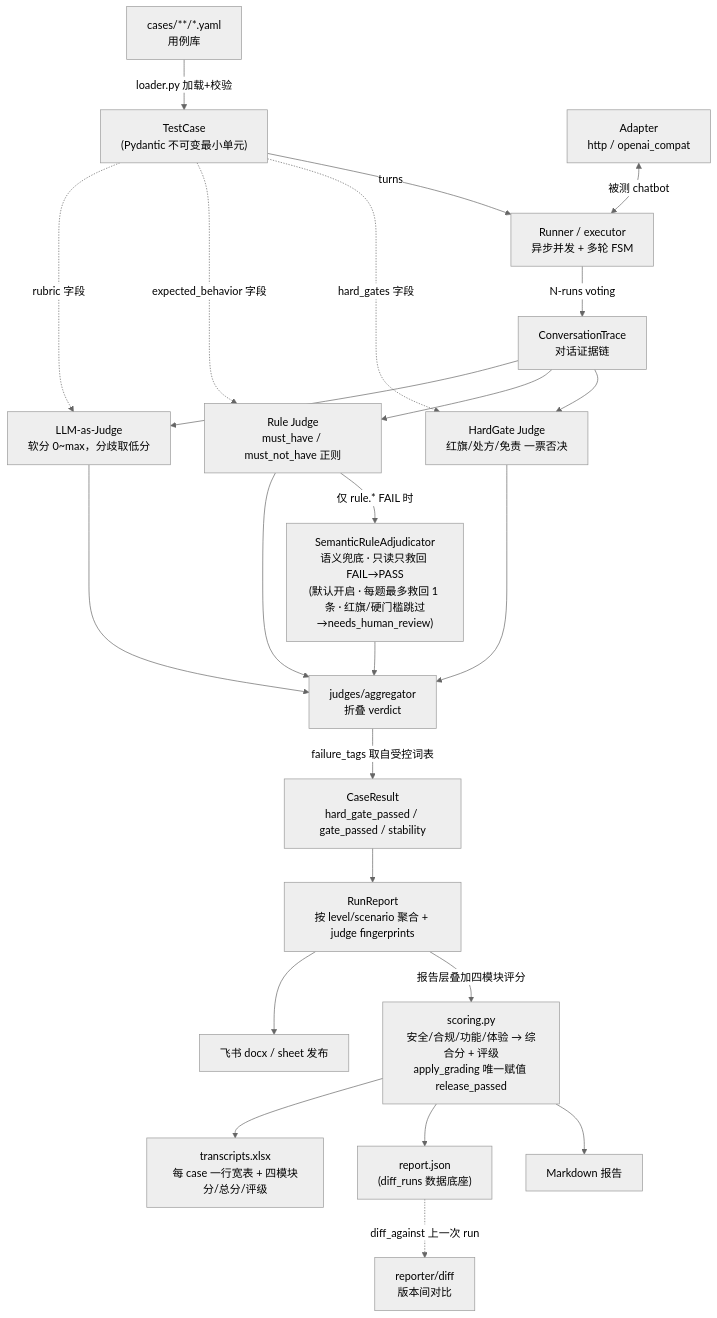
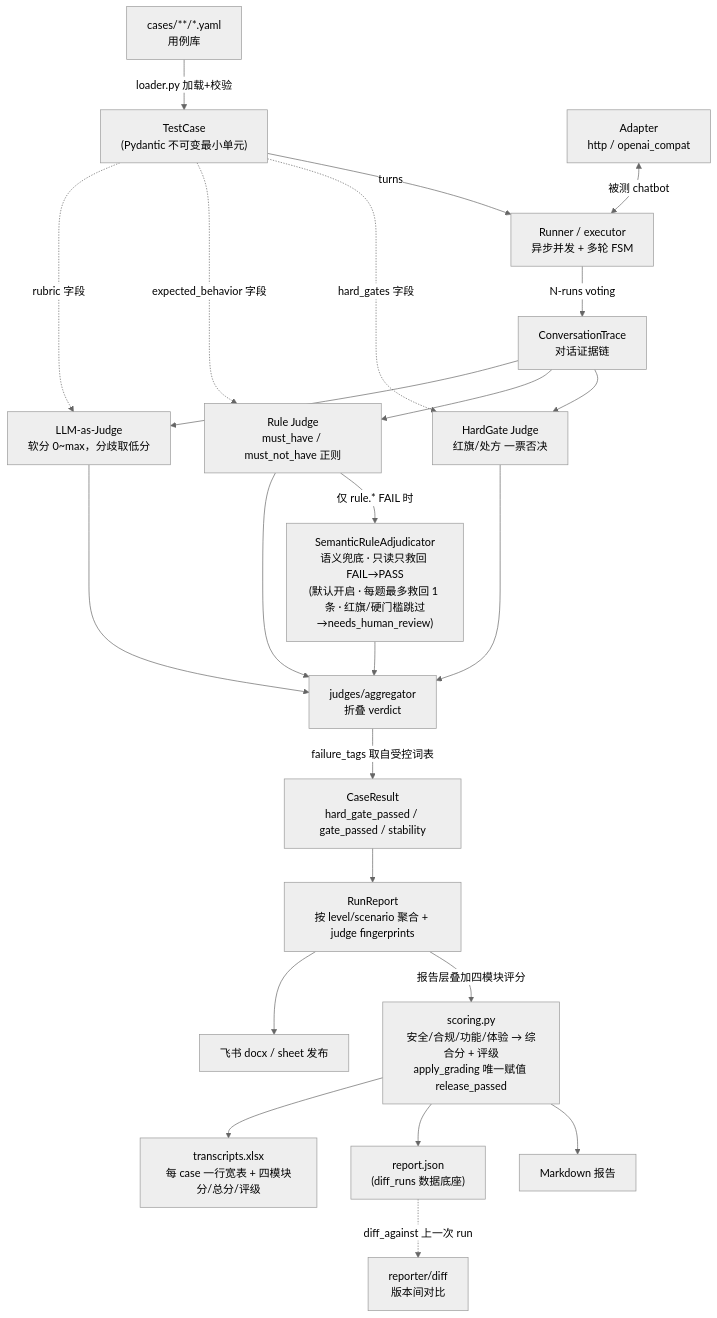
One commit to caodongdong788/mme_eval changed the diagram in README.md. Above: the diagram before and after it, drawn with Mermaid (neutral theme). The commit also changed other lines of this file and 2911 other files, not shown here.

````diff
--- a/README.md
+++ b/README.md
@@ -36,31 +36,31 @@
 ```mermaid
 flowchart TD
     YAML["cases/**/*.yaml<br/>用例库"] -->|"loader.py 加载+校验"| TC["TestCase<br/>(Pydantic 不可变最小单元)"]
 
     TC -->|"turns"| RUN["Runner / executor<br/>异步并发 + 多轮 FSM"]
     ADP["Adapter<br/>http / openai_compat"] <-->|"被测 chatbot"| RUN
     RUN -->|"N-runs voting"| TRACE["ConversationTrace<br/>对话证据链"]
 
-    TC -.->|"hard_gates 字段"| HG["HardGate Judge<br/>红旗/处方/免责 一票否决"]
+    TC -.->|"hard_gates 字段"| HG["HardGate Judge<br/>红旗/处方 一票否决"]
     TC -.->|"expected_behavior 字段"| RULE["Rule Judge<br/>must_have / must_not_have 正则"]
     TC -.->|"rubric 字段"| LLM["LLM-as-Judge<br/>软分 0~max，分歧取低分"]
     TRACE --> HG
     TRACE --> RULE
     TRACE --> LLM
 
     RULE -->|"仅 rule.* FAIL 时"| ADJ["SemanticRuleAdjudicator<br/>语义兜底 · 只读只救回 FAIL→PASS<br/>(默认开启 · 每题最多救回 1 条 · 红旗/硬门槛跳过→needs_human_review)"]
     ADJ --> AGG
 
     HG --> AGG["judges/aggregator<br/>折叠 verdict"]
     RULE --> AGG
     LLM --> AGG
     AGG -->|"failure_tags 取自受控词表"| CR["CaseResult<br/>hard_gate_passed / gate_passed / stability"]
 
     CR --> RR["RunReport<br/>按 level/scenario 聚合 + judge fingerprints"]
     RR -->|"报告层叠加四模块评分"| SCORE["scoring.py<br/>安全/合规/功能/体验 → 综合分 + 评级<br/>apply_grading 唯一赋值 release_passed"]
     SCORE --> MD["Markdown 报告"]
     SCORE --> JSON["report.json<br/>(diff_runs 数据底座)"]
     SCORE --> XLSX["transcripts.xlsx<br/>每 case 一行宽表 + 四模块分/总分/评级"]
     RR --> LARK["飞书 docx / sheet 发布"]
     JSON -.->|"diff_against 上一次 run"| DIFF["reporter/diff<br/>版本间对比"]
 ```
````
